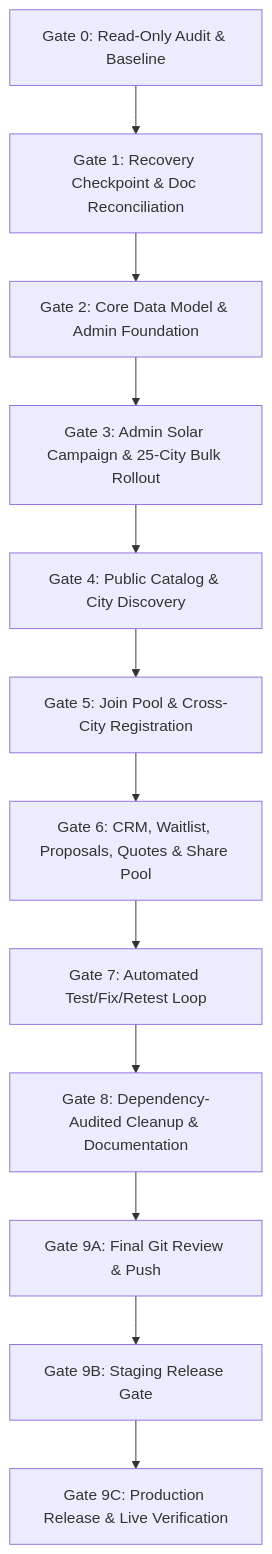
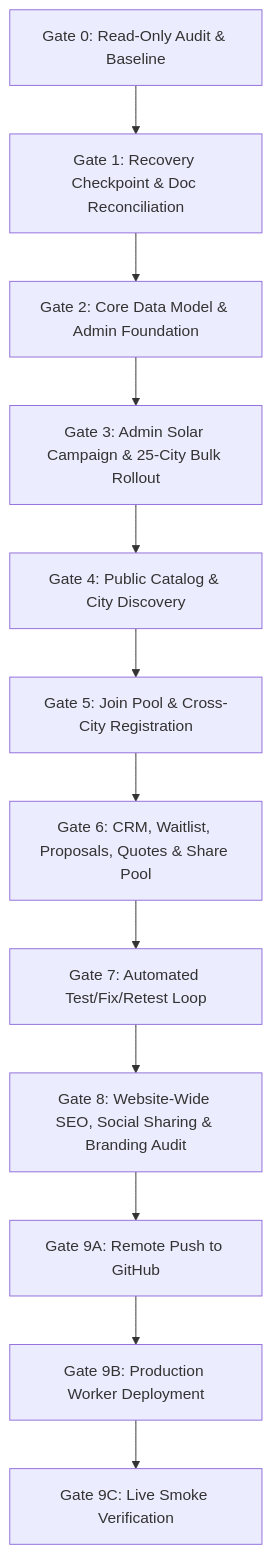
Before and after one commit to iamvimalsingh/poolbuy-india: the diagram in docs/IMPLEMENTATION_PLAN.md, drawn with Mermaid. The commit also changed other lines of this file and 3 other files, not shown here.

Commit message:
docs: reconcile CHATGPT_HANDOFF and canonical specification documents with live release

````diff
--- a/docs/IMPLEMENTATION_PLAN.md
+++ b/docs/IMPLEMENTATION_PLAN.md
@@ -12,14 +13,14 @@
 ```mermaid
 flowchart TD
     G0["Gate 0: Read-Only Audit & Baseline"] --> G1["Gate 1: Recovery Checkpoint & Doc Reconciliation"]
     G1 --> G2["Gate 2: Core Data Model & Admin Foundation"]
     G2 --> G3["Gate 3: Admin Solar Campaign & 25-City Bulk Rollout"]
     G3 --> G4["Gate 4: Public Catalog & City Discovery"]
     G4 --> G5["Gate 5: Join Pool & Cross-City Registration"]
     G5 --> G6["Gate 6: CRM, Waitlist, Proposals, Quotes & Share Pool"]
     G6 --> G7["Gate 7: Automated Test/Fix/Retest Loop"]
-    G7 --> G8["Gate 8: Dependency-Audited Cleanup & Documentation"]
-    G8 --> G9A["Gate 9A: Final Git Review & Push"]
-    G9A --> G9B["Gate 9B: Staging Release Gate"]
-    G9B --> G9C["Gate 9C: Production Release & Live Verification"]
+    G7 --> G8["Gate 8: Website-Wide SEO, Social Sharing & Branding Audit"]
+    G8 --> G9A["Gate 9A: Remote Push to GitHub"]
+    G9A --> G9B["Gate 9B: Production Worker Deployment"]
+    G9B --> G9C["Gate 9C: Live Smoke Verification"]
 ```
````
